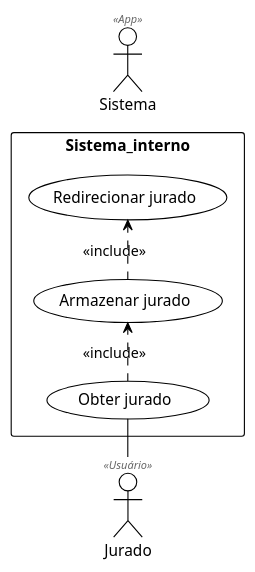
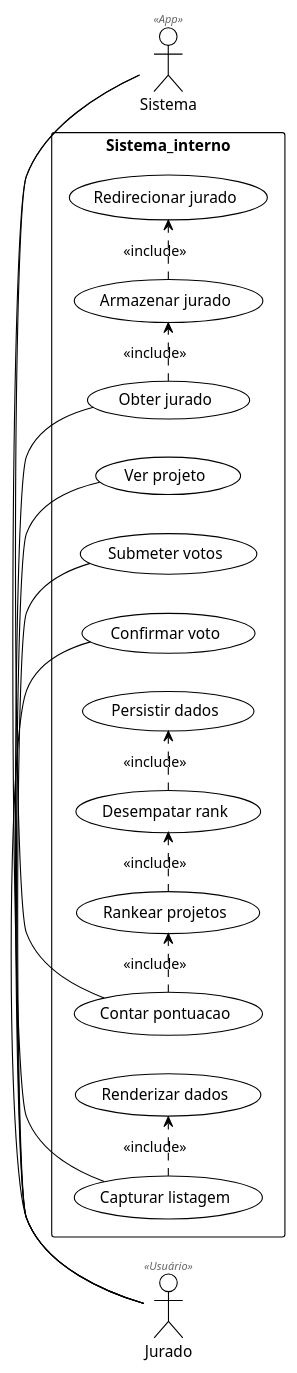
One commit to sistemainternosmecict/svmp changed the diagram in project/Casos de uso.plantuml. Above: the diagram before and after it, drawn with PlantUML. The commit also changed 1 other file, not shown here.

Commit message:
docs(projeto): Diagrama de casos de uso.

```diff
--- a/project/Casos de uso.plantuml
+++ b/project/Casos de uso.plantuml
@@ -1,18 +1,39 @@
 @startuml Diagrama1
 
 !theme mono
 left to right direction
 
 actor "Jurado" as jurado <<Usuário>>
 actor "Sistema" as sys <<App>>
 
 rectangle Sistema_interno {
   usecase "Obter jurado" as UC1
   usecase "Armazenar jurado" as UC2
   usecase "Redirecionar jurado" as UC3
+  usecase "Ver projeto" as UC4
+  usecase "Submeter votos" as UC5
+  usecase "Confirmar voto" as UC6
+  usecase "Contar pontuacao" as UC7
+  usecase "Rankear projetos" as UC8
+  usecase "Desempatar rank" as UC9
+  usecase "Persistir dados" as UC10
+  usecase "Capturar listagem" as UC11
+  usecase "Renderizar dados" as UC12
 }
 jurado - UC1
 UC1 .> UC2 : <<include>>
 UC2 .> UC3 : <<include>>
 
+jurado - UC4
+jurado - UC5
+jurado - UC6
+
+sys - UC7
+UC7 .> UC8 : <<include>>
+UC8 .> UC9 : <<include>>
+UC9 .> UC10 : <<include>>
+
+sys - UC11
+UC11 .> UC12 : <<include>>
+
 @enduml
```
